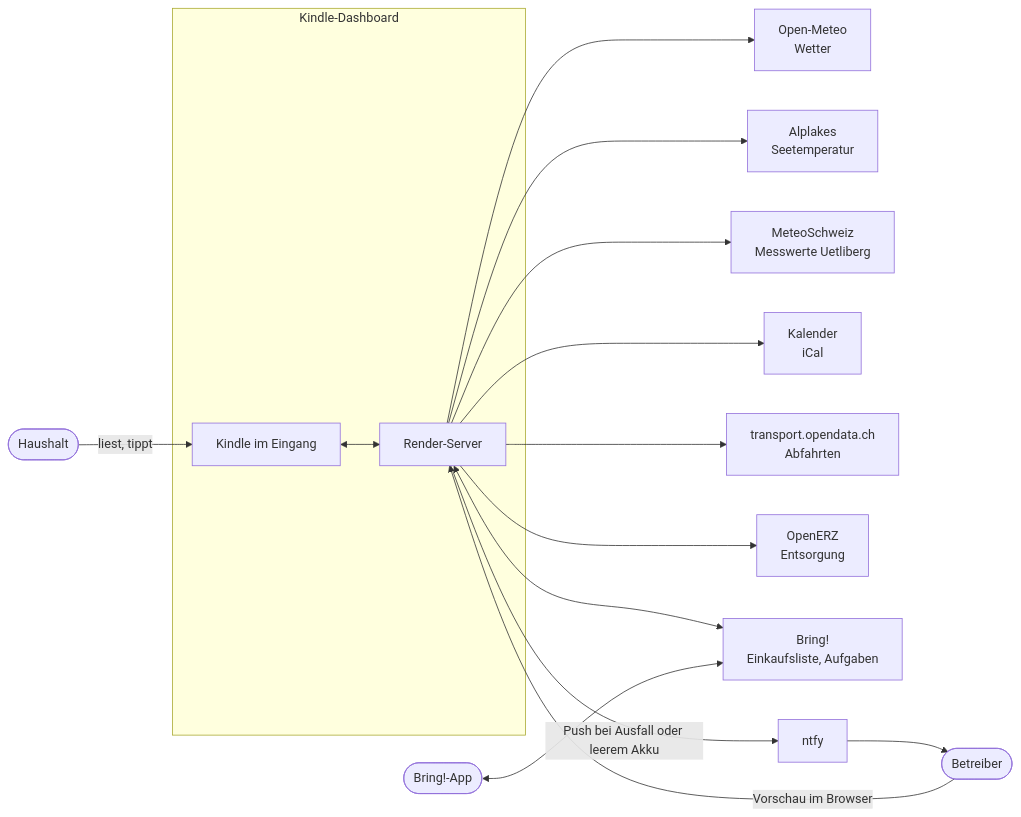
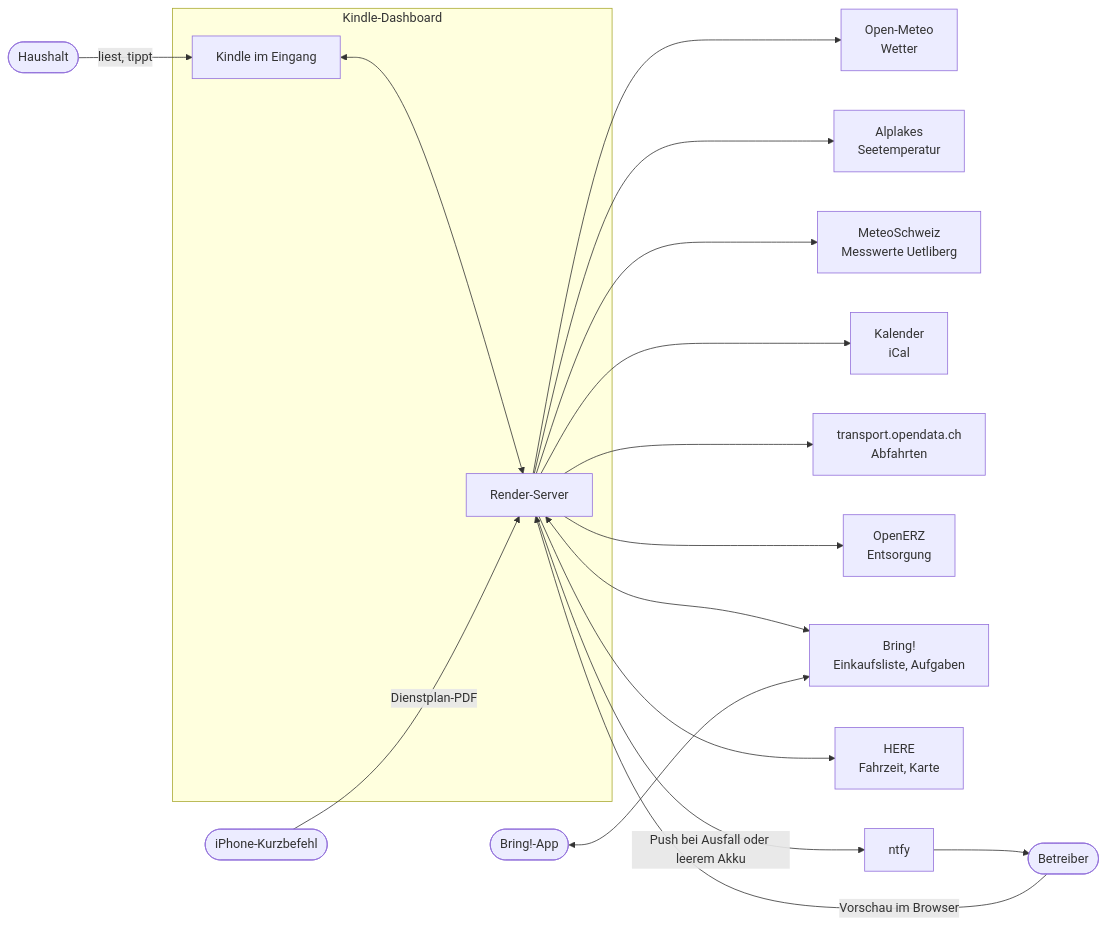
The first of 11 diagrams in docs/architektur/arc42.md (pfederi/kindle-dashboard), drawn with Mermaid before and after one commit. The commit also changed other lines of this file and 1 other file, not shown here.

Commit message:
README und arc42: Dienstplan, Volume STATE_DIR, Akkukurve auf dem Volume

````diff
--- a/docs/architektur/arc42.md
+++ b/docs/architektur/arc42.md
@@ -86,20 +87,22 @@
 ```mermaid
 flowchart LR
   user([Haushalt])
   subgraph system [Kindle-Dashboard]
     kindle[Kindle im Eingang]
     server[Render-Server]
   end
   user -- liest, tippt --> kindle
   kindle <--> server
   server --> meteo[Open-Meteo<br/>Wetter]
   server --> alplakes[Alplakes<br/>Seetemperatur]
   server --> smn[MeteoSchweiz<br/>Messwerte Uetliberg]
   server --> ics[Kalender<br/>iCal]
   server --> transport[transport.opendata.ch<br/>Abfahrten]
   server --> erz[OpenERZ<br/>Entsorgung]
   server <--> bring[Bring!<br/>Einkaufsliste, Aufgaben]
+  server --> here[HERE<br/>Fahrzeit, Karte]
   admin([Betreiber]) -- Vorschau im Browser --> server
+  phone([iPhone-Kurzbefehl]) -- Dienstplan-PDF --> server
   bringapp([Bring!-App]) <--> bring
   server -- Push bei Ausfall oder leerem Akku --> ntfy[ntfy] --> admin
 ```
````
